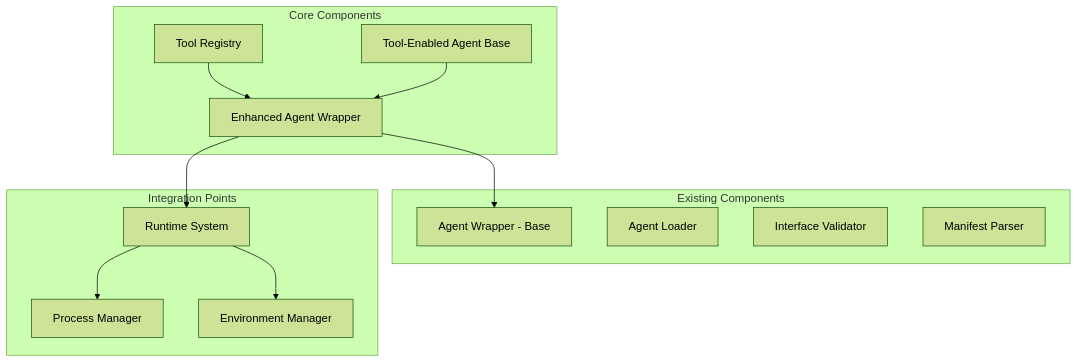
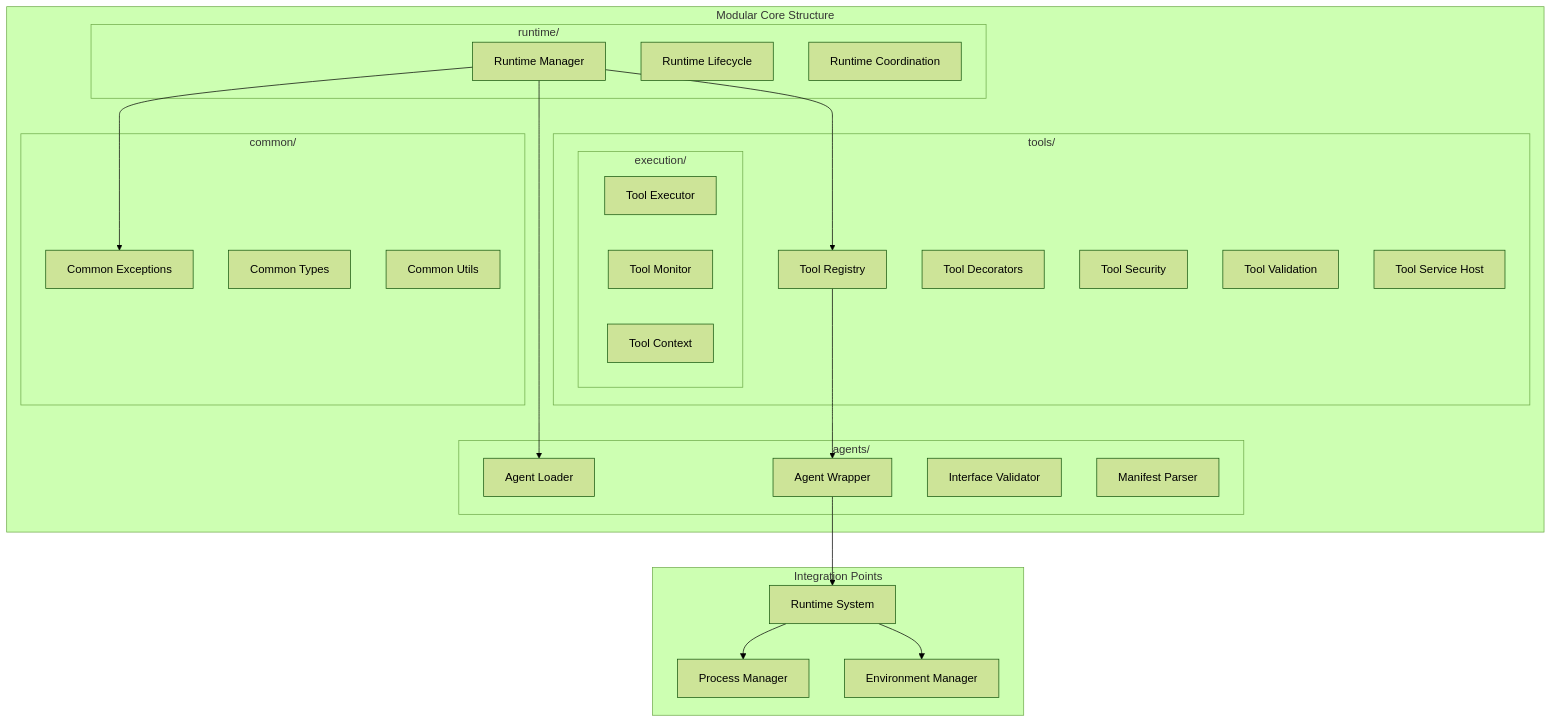
The diagram in docs/.implementation_design/phase2.5_semantic_progress_tools/core/README.md (agentplug/agenthub), drawn with Mermaid (forest theme) before and after one commit. The commit also changed other lines of this file and 11 other files, not shown here.

````diff
--- a/docs/.implementation_design/phase2.5_semantic_progress_tools/core/README.md
+++ b/docs/.implementation_design/phase2.5_semantic_progress_tools/core/README.md
@@ -18,28 +18,50 @@
 ```mermaid
 graph TB
-    subgraph "Core Components"
-        TR[Tool Registry]
-        EAW[Enhanced Agent Wrapper]
-        TEA[Tool-Enabled Agent Base]
-    end
-
-    subgraph "Existing Components"
-        AW[Agent Wrapper - Base]
-        AL[Agent Loader]
-        IV[Interface Validator]
-        MP[Manifest Parser]
+    subgraph "Modular Core Structure"
+        subgraph "agents/"
+            AL[Agent Loader]
+            AW[Agent Wrapper]
+            IV[Interface Validator]
+            MP[Manifest Parser]
+        end
+        
+        subgraph "tools/"
+            TR[Tool Registry]
+            TD[Tool Decorators]
+            TS[Tool Security]
+            TV[Tool Validation]
+            TH[Tool Service Host]
+            subgraph "execution/"
+                TE[Tool Executor]
+                TM[Tool Monitor]
+                TC[Tool Context]
+            end
+        end
+        
+        subgraph "runtime/"
+            RM[Runtime Manager]
+            RL[Runtime Lifecycle]
+            RC[Runtime Coordination]
+        end
+        
+        subgraph "common/"
+            CE[Common Exceptions]
+            CT[Common Types]
+            CU[Common Utils]
+        end
     end
 
     subgraph "Integration Points"
         RT[Runtime System]
         PM[Process Manager]
         EM[Environment Manager]
     end
 
-    TR --> EAW
-    EAW --> AW
-    TEA --> EAW
-    EAW --> RT
+    TR --> AW
+    AW --> RT
     RT --> PM
     RT --> EM
+    RM --> AL
+    RM --> TR
+    RM --> CE
 ```
````
